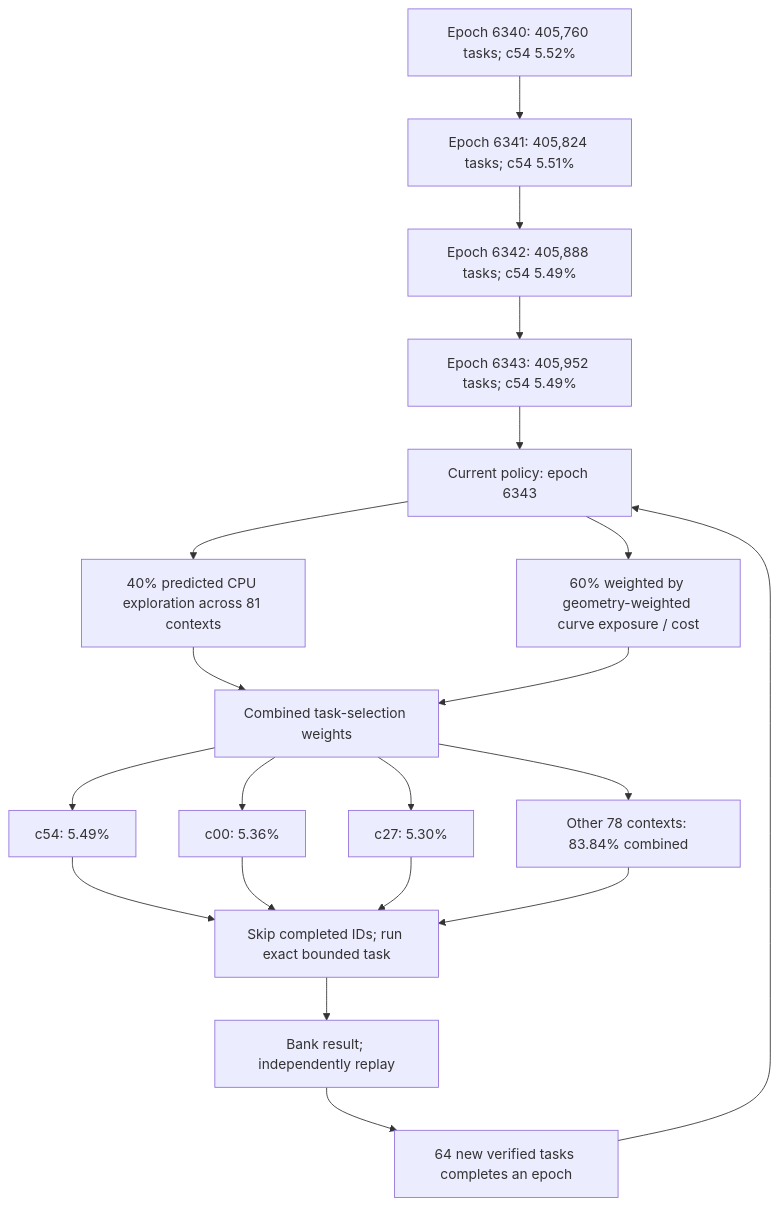
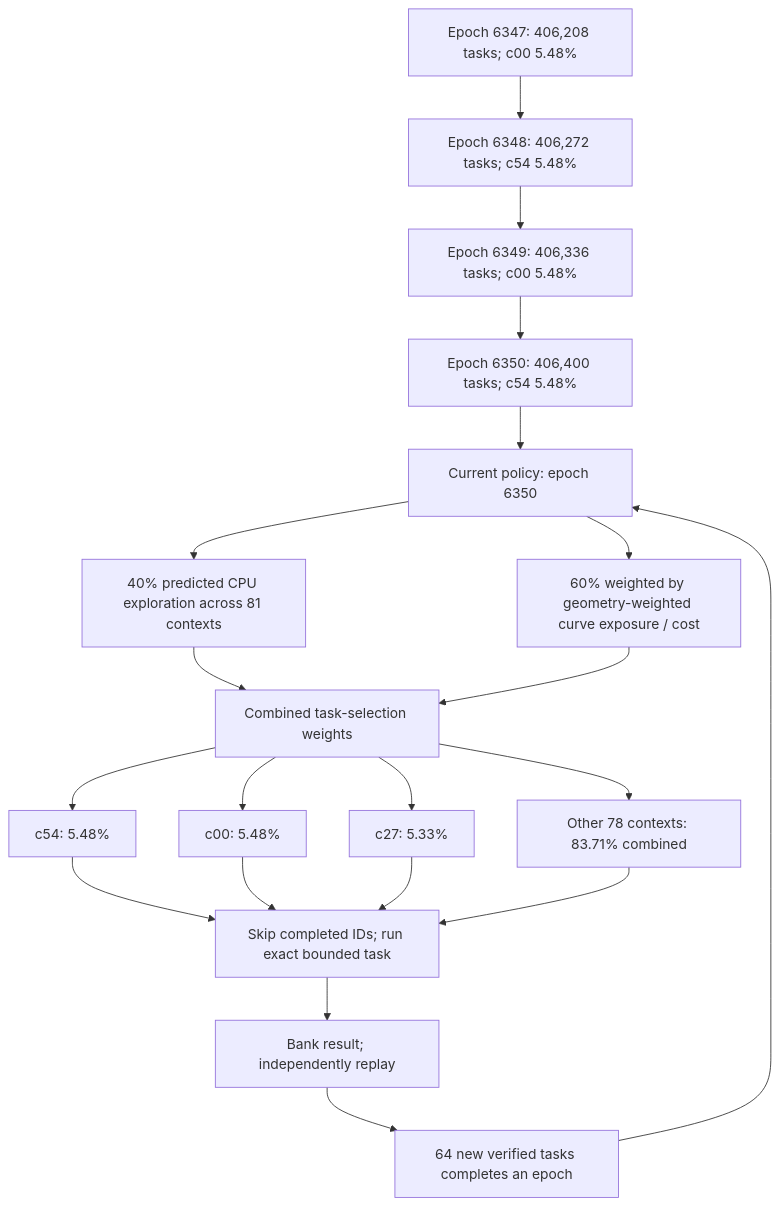
Before and after one commit to Kuberwastaken/math-gambling: the first of 4 diagrams in README.md, drawn with Mermaid. The commit also changed other lines of this file and 1434 other files, not shown here.

````diff
--- a/README.md
+++ b/README.md
@@ -60,27 +60,27 @@
 ```mermaid
 flowchart TD
-    H0["Epoch 6340: 405,760 tasks; c54 5.52%"]
-    H1["Epoch 6341: 405,824 tasks; c54 5.51%"]
+    H0["Epoch 6347: 406,208 tasks; c00 5.48%"]
+    H1["Epoch 6348: 406,272 tasks; c54 5.48%"]
     H0 --> H1
-    H2["Epoch 6342: 405,888 tasks; c54 5.49%"]
+    H2["Epoch 6349: 406,336 tasks; c00 5.48%"]
     H1 --> H2
-    H3["Epoch 6343: 405,952 tasks; c54 5.49%"]
+    H3["Epoch 6350: 406,400 tasks; c54 5.48%"]
     H2 --> H3
-    Policy["Current policy: epoch 6343"]
+    Policy["Current policy: epoch 6350"]
     H3 --> Policy
     Policy --> Explore["40% predicted CPU exploration across 81 contexts"]
     Policy --> Cost["60% weighted by geometry-weighted curve exposure / cost"]
     Explore --> Mix["Combined task-selection weights"]
     Cost --> Mix
-    Mix --> C0["c54: 5.49%"]
-    Mix --> C1["c00: 5.36%"]
-    Mix --> C2["c27: 5.30%"]
-    Mix --> Rest["Other 78 contexts: 83.84% combined"]
+    Mix --> C0["c54: 5.48%"]
+    Mix --> C1["c00: 5.48%"]
+    Mix --> C2["c27: 5.33%"]
+    Mix --> Rest["Other 78 contexts: 83.71% combined"]
     C0 --> Check["Skip completed IDs; run exact bounded task"]
     C1 --> Check
     C2 --> Check
     Rest --> Check
     Check --> Replay["Bank result; independently replay"]
     Replay --> Gate["64 new verified tasks completes an epoch"]
     Gate --> Policy
 ```
````
